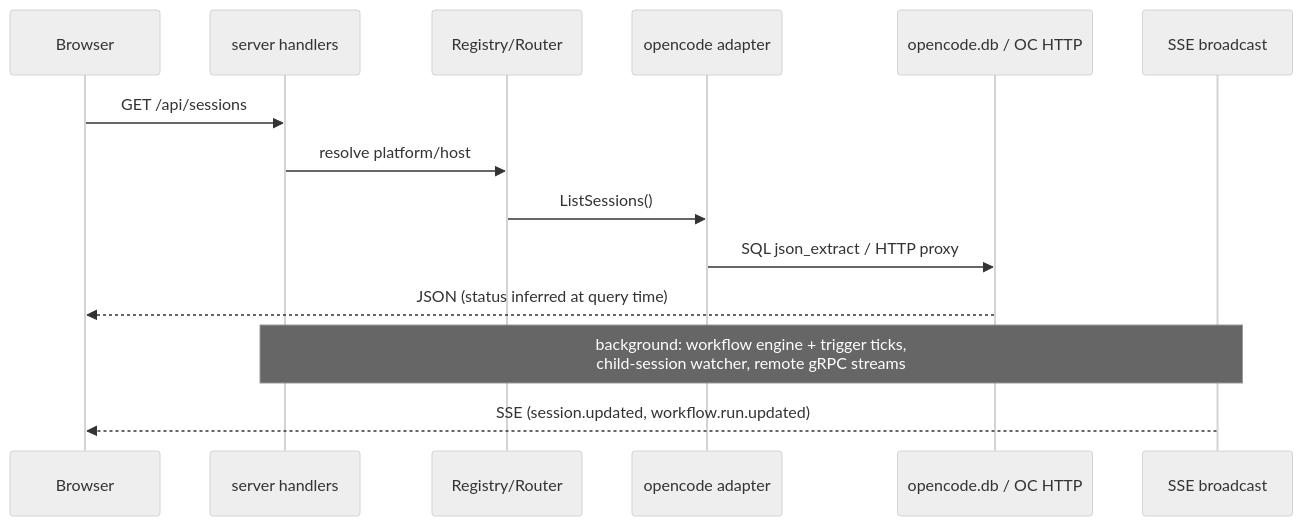
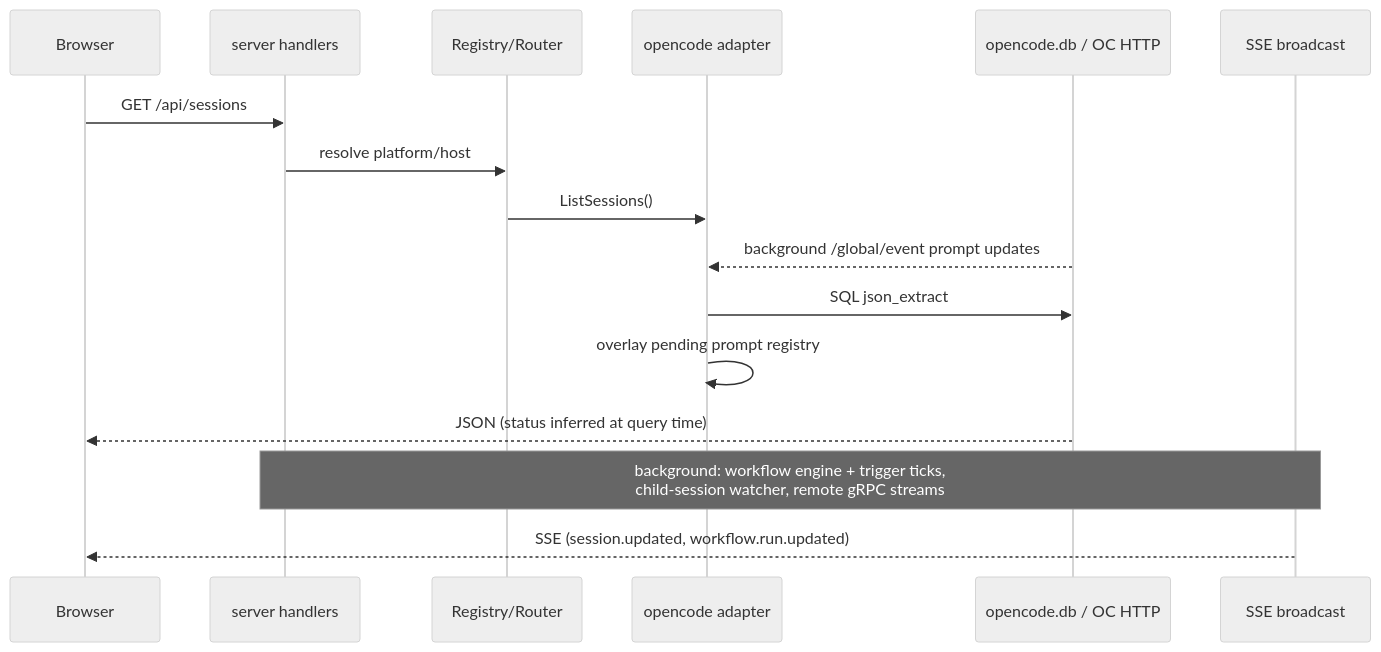
The third of 4 diagrams in docs/architecture.md (ocman/ocman), drawn with Mermaid (neutral theme) before and after one commit. The commit also changed other lines of this file and 25 other files, not shown here.

````diff
--- a/docs/architecture.md
+++ b/docs/architecture.md
@@ -144,17 +146,19 @@
 ```mermaid
 sequenceDiagram
     participant B as Browser
     participant S as server handlers
     participant R as Registry/Router
     participant A as opencode adapter
     participant D as opencode.db / OC HTTP
     participant E as SSE broadcast
 
     B->>S: GET /api/sessions
     S->>R: resolve platform/host
     R->>A: ListSessions()
-    A->>D: SQL json_extract / HTTP proxy
+    D-->>A: background /global/event prompt updates
+    A->>D: SQL json_extract
+    A->>A: overlay pending prompt registry
     D-->>B: JSON (status inferred at query time)
      Note over S,E: background: workflow engine + trigger ticks,<br/>child-session watcher, remote gRPC streams
      E-->>B: SSE (session.updated, workflow.run.updated)
 ```
````
